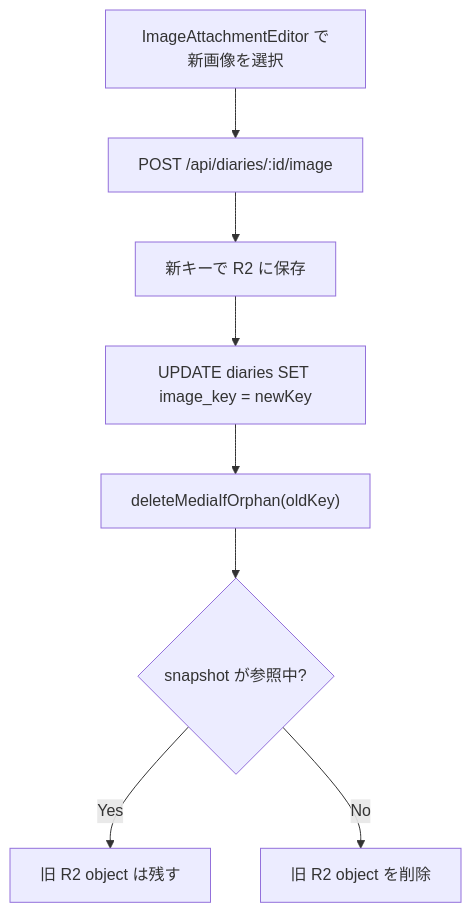
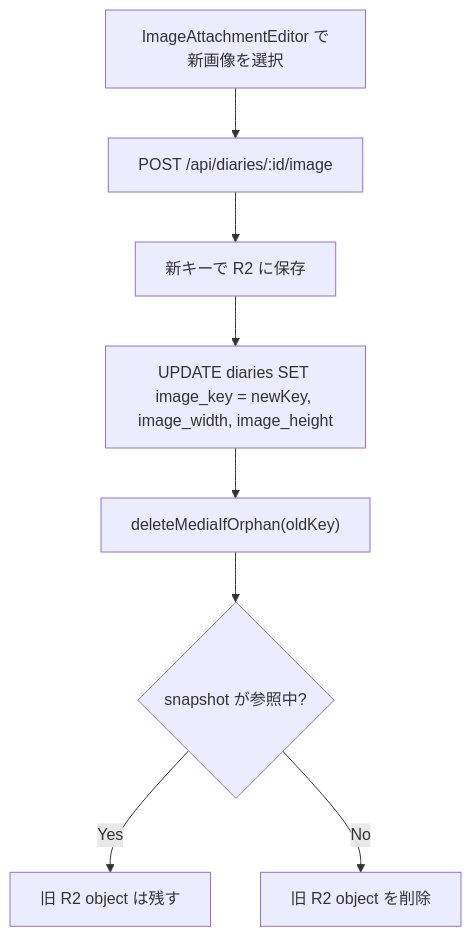
Before and after one commit to shimabox/400-diary: the third of 5 diagrams in docs/architecture/image-upload.md, drawn with Mermaid. The commit also changed other lines of this file and 42 other files, not shown here.

````diff
--- a/docs/architecture/image-upload.md
+++ b/docs/architecture/image-upload.md
@@ -128,10 +177,10 @@
 ```mermaid
 flowchart TD
     A[ImageAttachmentEditor で新画像を選択] --> B["POST /api/diaries/:id/image"]
     B --> C[新キーで R2 に保存]
-    C --> D["UPDATE diaries SET image_key = newKey"]
+    C --> D["UPDATE diaries SET image_key = newKey, image_width, image_height"]
     D --> E["deleteMediaIfOrphan(oldKey)"]
     E --> F{"snapshot が参照中?"}
     F -->|Yes| G["旧 R2 object は残す"]
     F -->|No| H["旧 R2 object を削除"]
 ```
````
